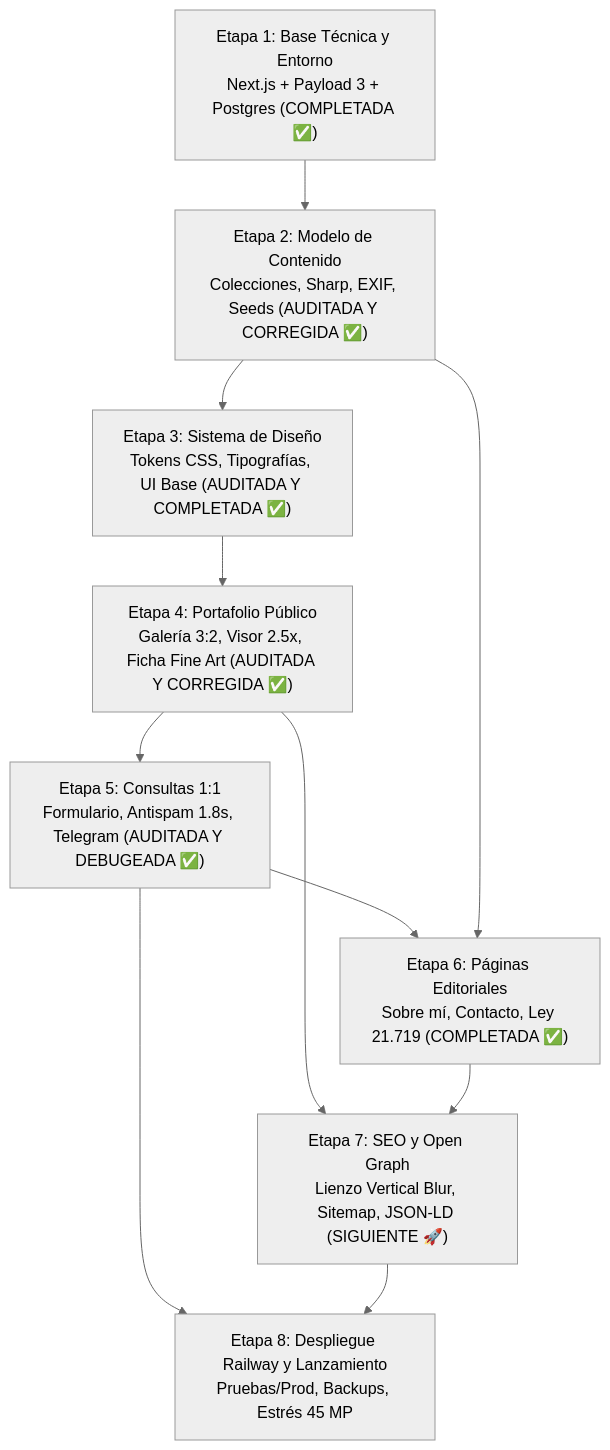
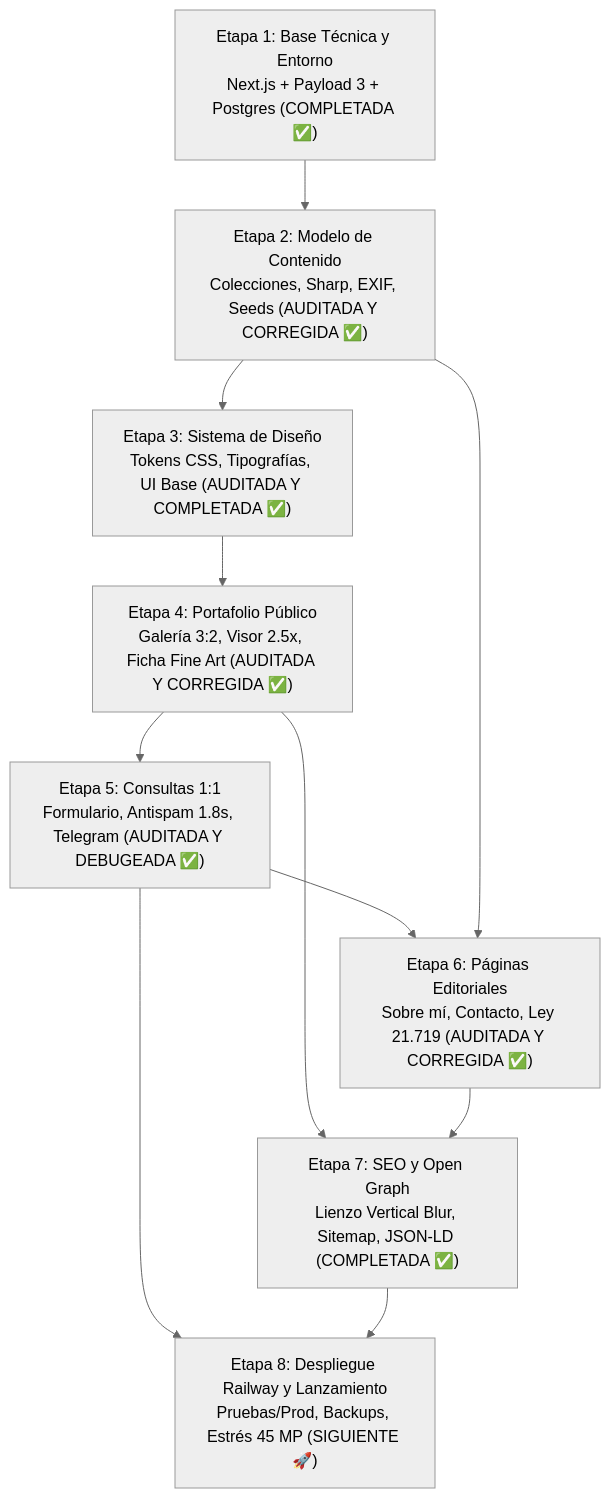
One commit to RodDiazT/Web_RodDiaz changed the diagram in DocumentosTecnicos/_PLAN_IMPLEMENTACION.md. Above: the diagram before and after it, drawn with Mermaid (neutral theme). The commit also changed other lines of this file and 36 other files, not shown here.

First line of the commit message:
feat: audita y corrige Etapa 6 y completa desarrollo de Etapa 7 (SEO, Open Graph y Rendimiento)

````diff
--- a/DocumentosTecnicos/_PLAN_IMPLEMENTACION.md
+++ b/DocumentosTecnicos/_PLAN_IMPLEMENTACION.md
@@ -32,13 +32,13 @@
 ```mermaid
 flowchart TD
     E1["Etapa 1: Base Técnica y Entorno\nNext.js + Payload 3 + Postgres (COMPLETADA ✅)"] --> E2["Etapa 2: Modelo de Contenido\nColecciones, Sharp, EXIF, Seeds (AUDITADA Y CORREGIDA ✅)"]
     E2 --> E3["Etapa 3: Sistema de Diseño\nTokens CSS, Tipografías, UI Base (AUDITADA Y COMPLETADA ✅)"]
     E3 --> E4["Etapa 4: Portafolio Público\nGalería 3:2, Visor 2.5x, Ficha Fine Art (AUDITADA Y CORREGIDA ✅)"]
     E4 --> E5["Etapa 5: Consultas 1:1\nFormulario, Antispam 1.8s, Telegram (AUDITADA Y DEBUGEADA ✅)"]
-    E5 --> E6["Etapa 6: Páginas Editoriales\nSobre mí, Contacto, Ley 21.719 (COMPLETADA ✅)"]
+    E5 --> E6["Etapa 6: Páginas Editoriales\nSobre mí, Contacto, Ley 21.719 (AUDITADA Y CORREGIDA ✅)"]
     E2 --> E6
-    E4 --> E7["Etapa 7: SEO y Open Graph\nLienzo Vertical Blur, Sitemap, JSON-LD (SIGUIENTE 🚀)"]
+    E4 --> E7["Etapa 7: SEO y Open Graph\nLienzo Vertical Blur, Sitemap, JSON-LD (COMPLETADA ✅)"]
     E6 --> E7
-    E5 --> E8["Etapa 8: Despliegue Railway y Lanzamiento\nPruebas/Prod, Backups, Estrés 45 MP"]
+    E5 --> E8["Etapa 8: Despliegue Railway y Lanzamiento\nPruebas/Prod, Backups, Estrés 45 MP (SIGUIENTE 🚀)"]
     E7 --> E8
 ```
````
